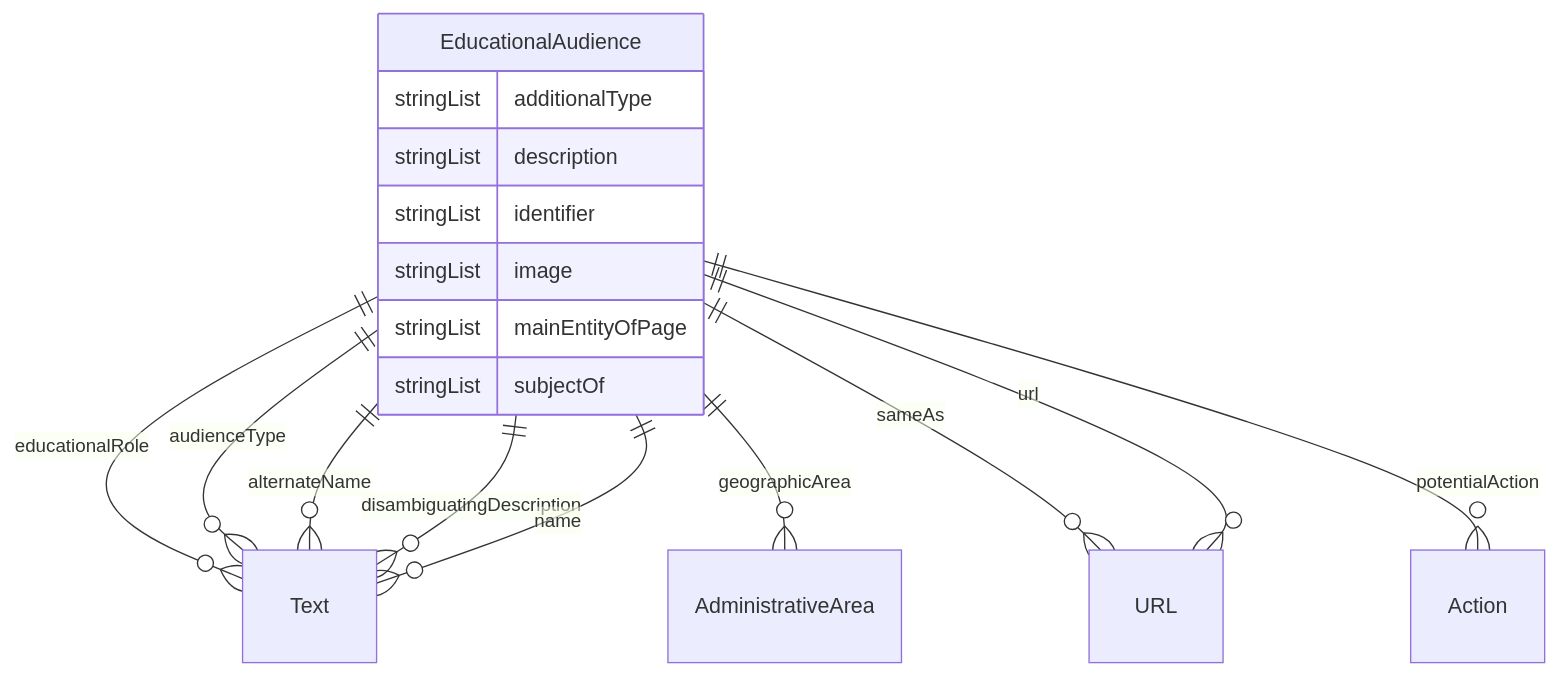
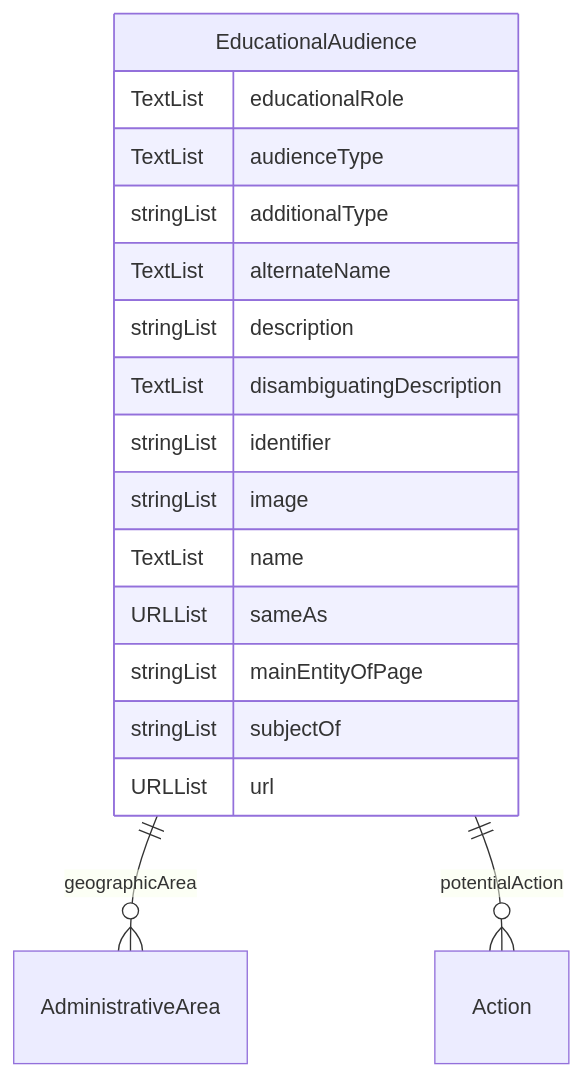
Before and after one commit to roblinksdata/schema-org-entity-relational-diagrams: the diagram in mermaid-outputs/EducationalAudience.mmd, drawn with Mermaid. The commit also changed 1826 other files, not shown here.

First line of the commit message:
Simplified diagrams a bit by avoiding treating literal types as classes in the mermaid diagrams.

```diff
--- a/mermaid-outputs/EducationalAudience.mmd
+++ b/mermaid-outputs/EducationalAudience.mmd
@@ -1,19 +1,19 @@
 erDiagram
 EducationalAudience {
+    TextList educationalRole  
+    TextList audienceType  
     stringList additionalType  
+    TextList alternateName  
     stringList description  
+    TextList disambiguatingDescription  
     stringList identifier  
     stringList image  
+    TextList name  
+    URLList sameAs  
     stringList mainEntityOfPage  
     stringList subjectOf  
+    URLList url  
 }
 
-EducationalAudience ||--}o Text : "educationalRole"
-EducationalAudience ||--}o Text : "audienceType"
 EducationalAudience ||--}o AdministrativeArea : "geographicArea"
-EducationalAudience ||--}o Text : "alternateName"
-EducationalAudience ||--}o Text : "disambiguatingDescription"
-EducationalAudience ||--}o Text : "name"
-EducationalAudience ||--}o URL : "sameAs"
 EducationalAudience ||--}o Action : "potentialAction"
-EducationalAudience ||--}o URL : "url"
```
